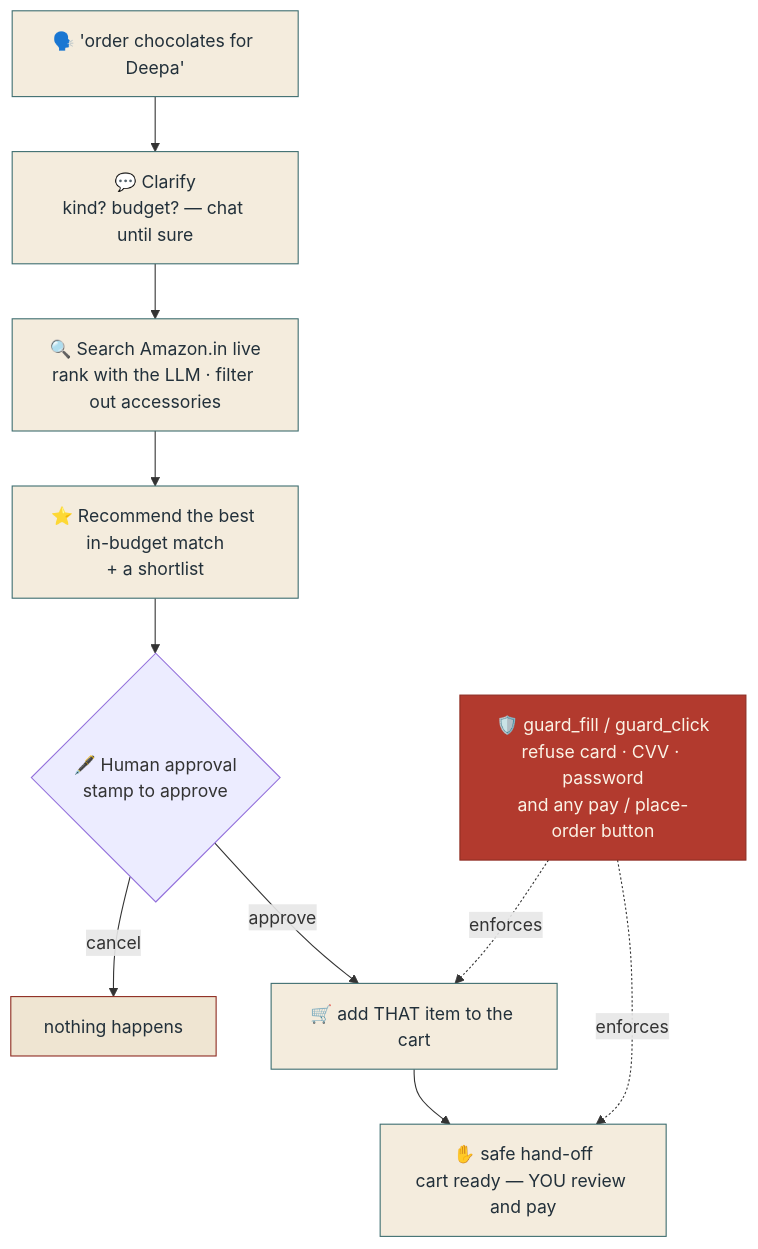
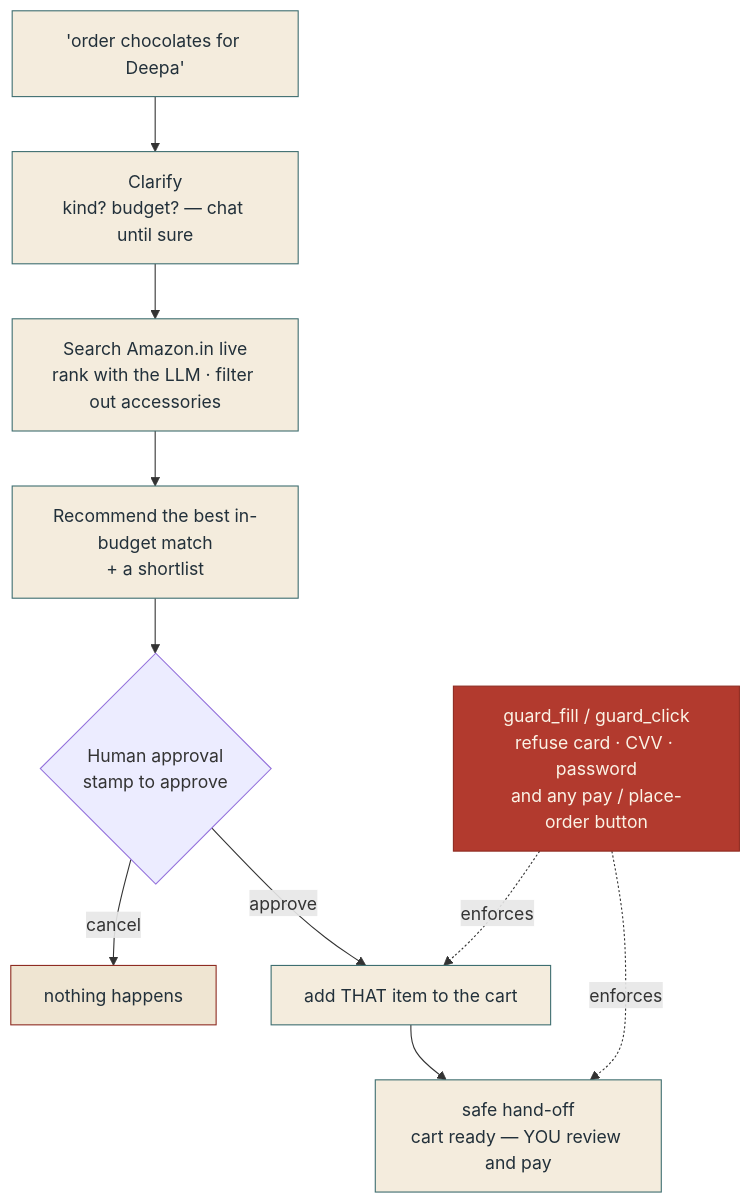
Before and after one commit to viditkbhatnagar/Aangan_AI_Journal: the fifth of 5 diagrams in README.md, drawn with Mermaid. The commit also changed other lines of this file and 31 other files, not shown here.

````diff
--- a/README.md
+++ b/README.md
@@ -212,19 +212,19 @@
 ```mermaid
 flowchart TD
-    I["🗣️ 'order chocolates for Deepa'"] --> CLR["💬 Clarify<br/>kind? budget? — chat until sure"]
-    CLR --> SRCH["🔍 Search Amazon.in live<br/>rank with the LLM · filter out accessories"]
-    SRCH --> BEST["⭐ Recommend the best in-budget match<br/>+ a shortlist"]
-    BEST --> APP{"🖋️ Human approval<br/>stamp to approve"}
-    APP -->|cancel| STOP["nothing happens"]
-    APP -->|approve| CART["🛒 add THAT item to the cart"]
-    CART --> HAND["✋ safe hand-off<br/>cart ready — YOU review and pay"]
-    GUARD["🛡️ guard_fill / guard_click<br/>refuse card · CVV · password<br/>and any pay / place-order button"] -. enforces .-> CART
-    GUARD -. enforces .-> HAND
+ I["'order chocolates for Deepa'"] --> CLR["Clarify<br/>kind? budget? — chat until sure"]
+ CLR --> SRCH["Search Amazon.in live<br/>rank with the LLM · filter out accessories"]
+ SRCH --> BEST["Recommend the best in-budget match<br/>+ a shortlist"]
+ BEST --> APP{"Human approval<br/>stamp to approve"}
+ APP -->|cancel| STOP["nothing happens"]
+ APP -->|approve| CART["add THAT item to the cart"]
+ CART --> HAND["safe hand-off<br/>cart ready — YOU review and pay"]
+ GUARD["guard_fill / guard_click<br/>refuse card · CVV · password<br/>and any pay / place-order button"] -. enforces .-> CART
+ GUARD -. enforces .-> HAND
 
-    classDef doer fill:#F4ECDD,stroke:#3E6E70,color:#22303a;
-    classDef guard fill:#B23A2E,stroke:#8E2C22,color:#FBF3E6;
-    classDef stop fill:#EFE5D2,stroke:#8E2C22,color:#22303a;
-    class I,CLR,SRCH,BEST,CART,HAND doer;
-    class GUARD guard;
-    class STOP stop;
+ classDef doer fill:#F4ECDD,stroke:#3E6E70,color:#22303a;
+ classDef guard fill:#B23A2E,stroke:#8E2C22,color:#FBF3E6;
+ classDef stop fill:#EFE5D2,stroke:#8E2C22,color:#22303a;
+ class I,CLR,SRCH,BEST,CART,HAND doer;
+ class GUARD guard;
+ class STOP stop;
 ```
````
